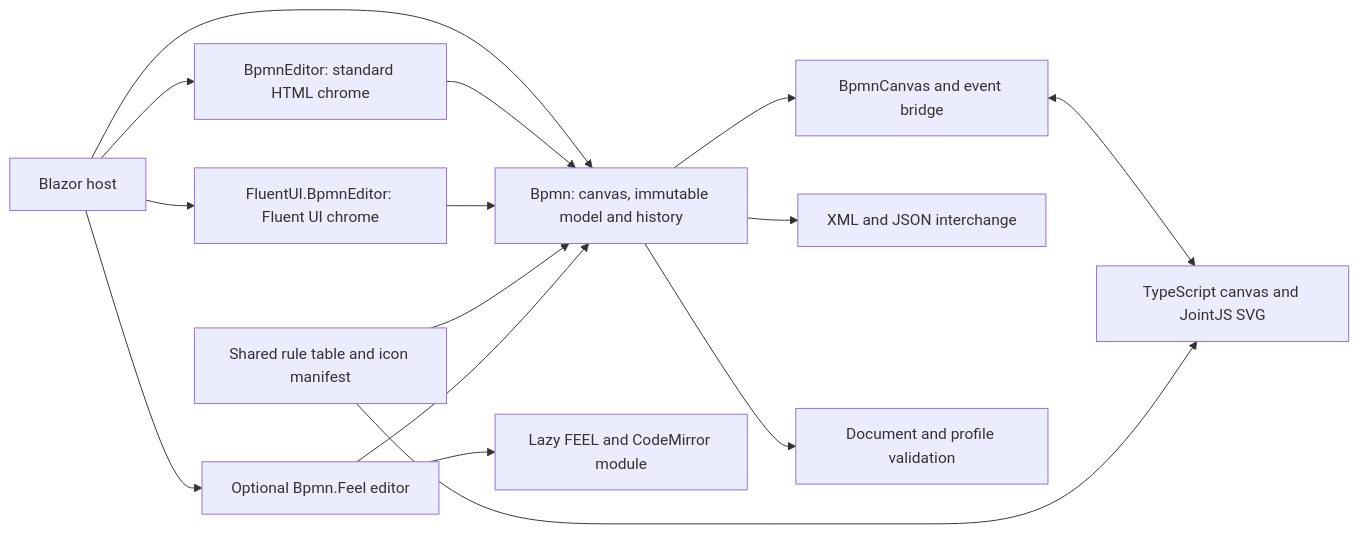
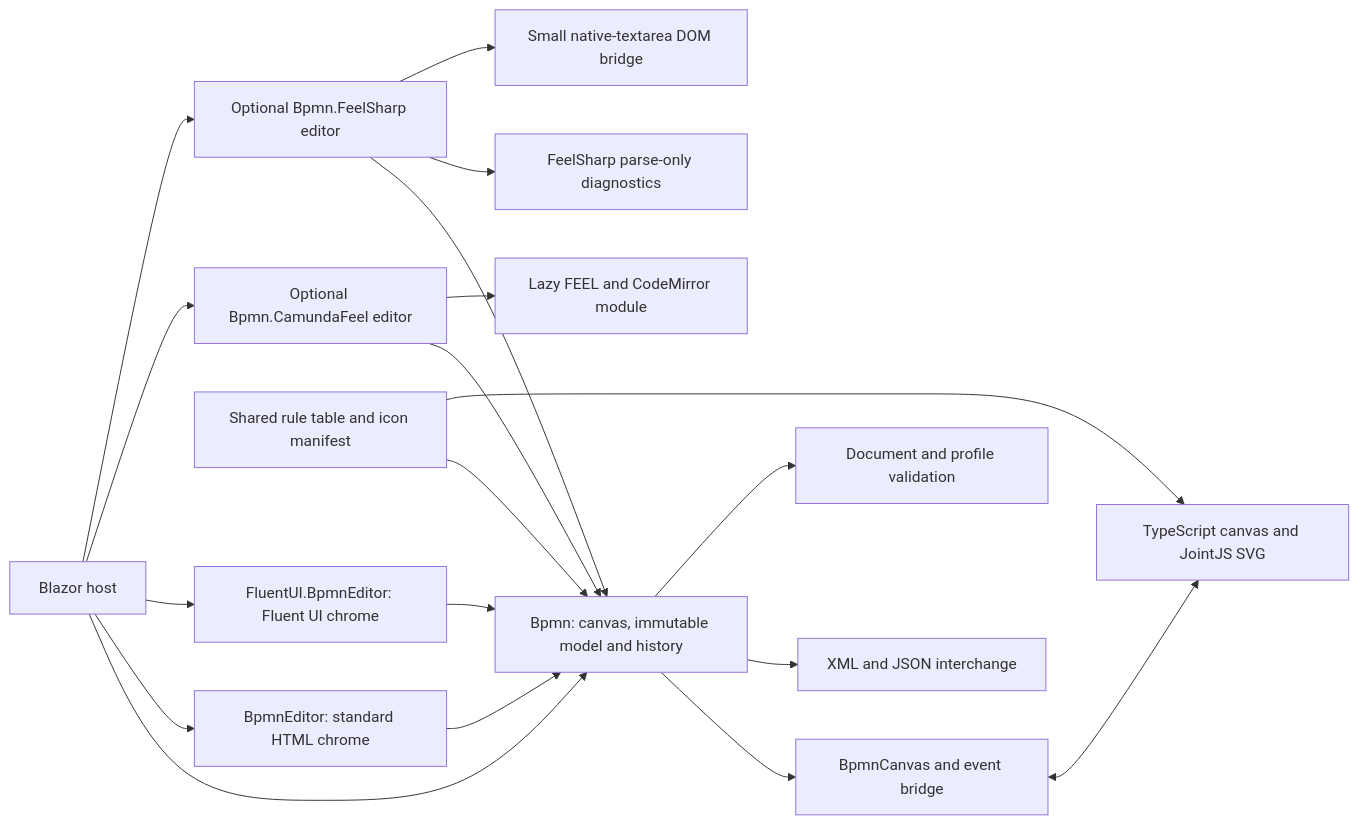
Before and after one commit to miguelhasse/BlazorBpmnEditor: the second of 2 diagrams in README.md, drawn with Mermaid. The commit also changed other lines of this file and 89 other files, not shown here.

First line of the commit message:
Add FeelSharp and rename CamundaFeel package

````diff
--- a/README.md
+++ b/README.md
@@ -129,17 +152,21 @@
 ```mermaid
 flowchart LR
     Host["Blazor host"] --> Core["Bpmn: canvas, immutable model and history"]
     Host --> Standard["BpmnEditor: standard HTML chrome"]
     Standard --> Core
     Host --> Fluent["FluentUI.BpmnEditor: Fluent UI chrome"]
     Fluent --> Core
     Core --> Boundary["BpmnCanvas and event bridge"]
     Boundary <--> Canvas["TypeScript canvas and JointJS SVG"]
     Core --> IO["XML and JSON interchange"]
     Core --> Validation["Document and profile validation"]
     Shared["Shared rule table and icon manifest"] --> Core
     Shared --> Canvas
-    Host --> Feel["Optional Bpmn.Feel editor"]
+    Host --> Feel["Optional Bpmn.CamundaFeel editor"]
     Feel --> Core
     Feel --> Rich["Lazy FEEL and CodeMirror module"]
+    Host --> ManagedFeel["Optional Bpmn.FeelSharp editor"]
+    ManagedFeel --> Core
+    ManagedFeel --> Parser["FeelSharp parse-only diagnostics"]
+    ManagedFeel --> Dom["Small native-textarea DOM bridge"]
 ```
````
